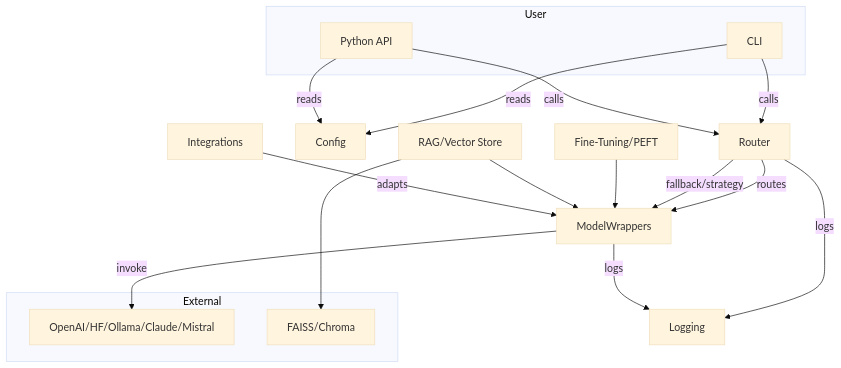
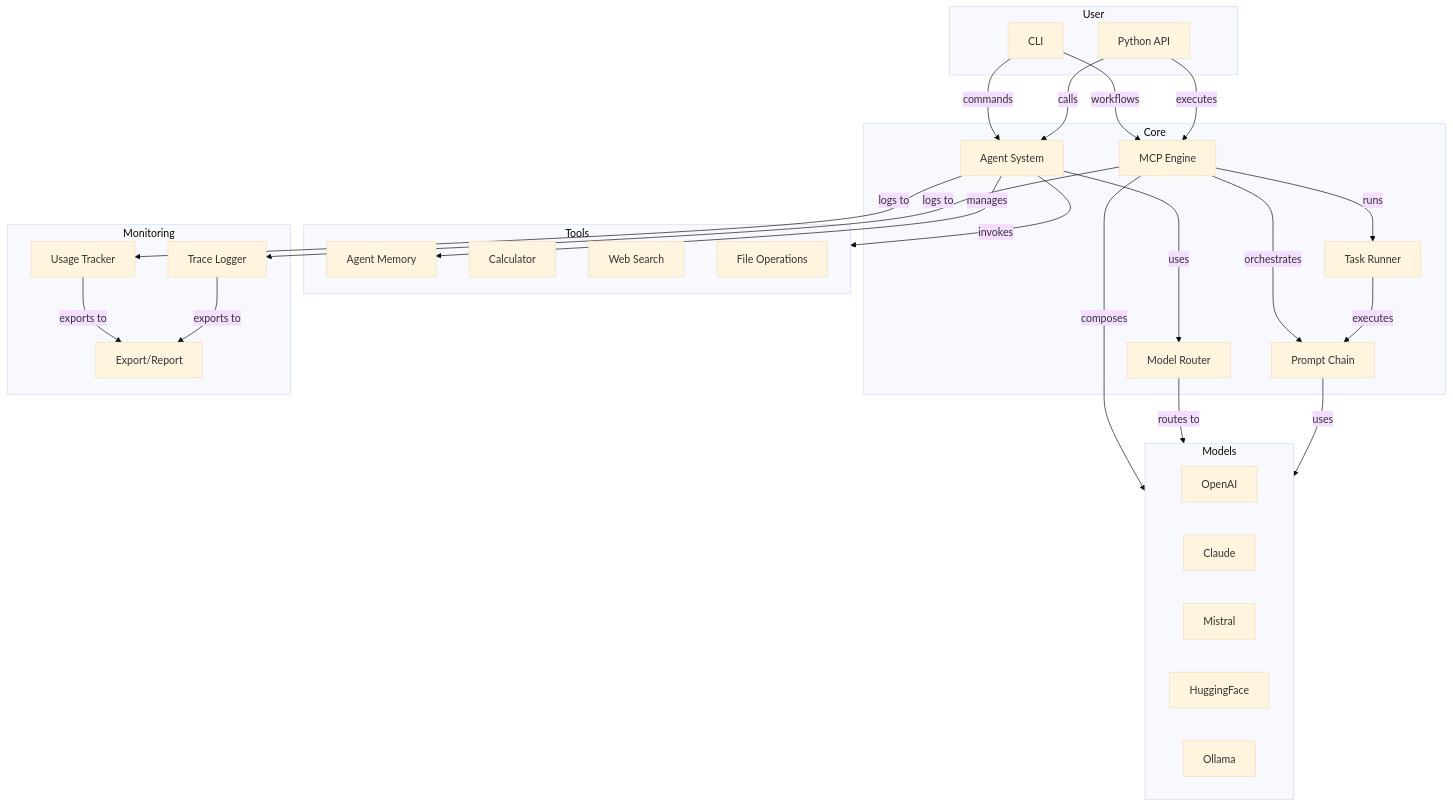
Before and after one commit to multimind-dev/multimind-sdk: the diagram in docs/features_and_functions.md, drawn with Mermaid (base theme). The commit also changed other lines of this file and 39 other files, not shown here.

````diff
--- a/docs/features_and_functions.md
+++ b/docs/features_and_functions.md
@@ -151,24 +211,58 @@
 ```mermaid
 graph TD
     subgraph User
         CLI[CLI]
         API[Python API]
     end
-    CLI -->|calls| Router
-    API -->|calls| Router
-    Router -->|routes| ModelWrappers
-    ModelWrappers -->|invoke| Providers[OpenAI/HF/Ollama/Claude/Mistral]
-    Router -->|fallback/strategy| ModelWrappers
-    Router -->|logs| Logging
-    ModelWrappers -->|logs| Logging
-    CLI -->|reads| Config
-    API -->|reads| Config
-    FineTuning[Fine-Tuning/PEFT] --> ModelWrappers
-    RAG[RAG/Vector Store] --> ModelWrappers
-    Integrations -->|adapts| ModelWrappers
-    subgraph External
-        Providers
-        VectorStore[FAISS/Chroma]
+    
+    subgraph Core
+        Agent[Agent System]
+        MCP[MCP Engine]
+        Router[Model Router]
+        Chain[Prompt Chain]
+        Runner[Task Runner]
     end
-    RAG --> VectorStore
+    
+    subgraph Models
+        OpenAI[OpenAI]
+        Claude[Claude]
+        Mistral[Mistral]
+        HF[HuggingFace]
+        Ollama[Ollama]
+    end
+    
+    subgraph Tools
+        Memory[Agent Memory]
+        Calculator[Calculator]
+        WebSearch[Web Search]
+        FileOps[File Operations]
+    end
+    
+    subgraph Monitoring
+        Usage[Usage Tracker]
+        Trace[Trace Logger]
+        Export[Export/Report]
+    end
+    
+    CLI -->|commands| Agent
+    CLI -->|workflows| MCP
+    API -->|calls| Agent
+    API -->|executes| MCP
+    
+    Agent -->|uses| Router
+    Agent -->|manages| Memory
+    Agent -->|invokes| Tools
+    
+    MCP -->|composes| Models
+    MCP -->|orchestrates| Chain
+    MCP -->|runs| Runner
+    
+    Router -->|routes to| Models
+    Chain -->|uses| Models
+    Runner -->|executes| Chain
+    
+    Agent -->|logs to| Usage
+    MCP -->|logs to| Trace
+    Usage -->|exports to| Export
+    Trace -->|exports to| Export
 ```
````
